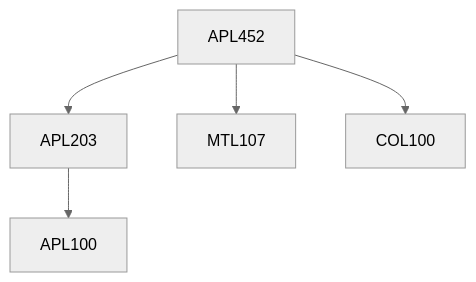
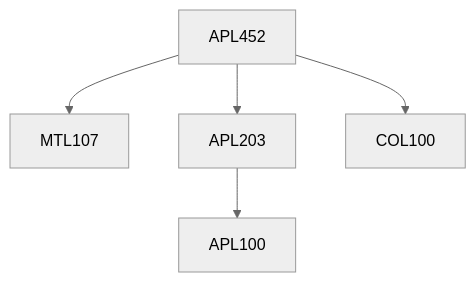
The diagram in content/Applied Mechanics/APL452.md (KeshavBansal0122/CoS_Website), drawn with Mermaid (neutral theme) before and after one commit. The commit also changed other lines of this file and 392 other files, not shown here.

````diff
--- a/content/Applied Mechanics/APL452.md
+++ b/content/Applied Mechanics/APL452.md
@@ -13,11 +13,11 @@
 ```mermaid
 flowchart TD
 APL452-55[APL452]
+APL452-55 --> MTL107-55[MTL107]
+APL203-55 --> APL100-55[APL100]
+APL452-55 --> COL100-55[COL100]
 APL452-55 --> APL203-55[APL203]
-APL203-55 --> APL100-55[APL100]
-APL452-55 --> MTL107-55[MTL107]
-APL452-55 --> COL100-55[COL100]
 
 classDef empty height:17px, fill:transparent, stroke:transparent;
 classDef trueEmpty height:0px, width:0px;
 ```
````
